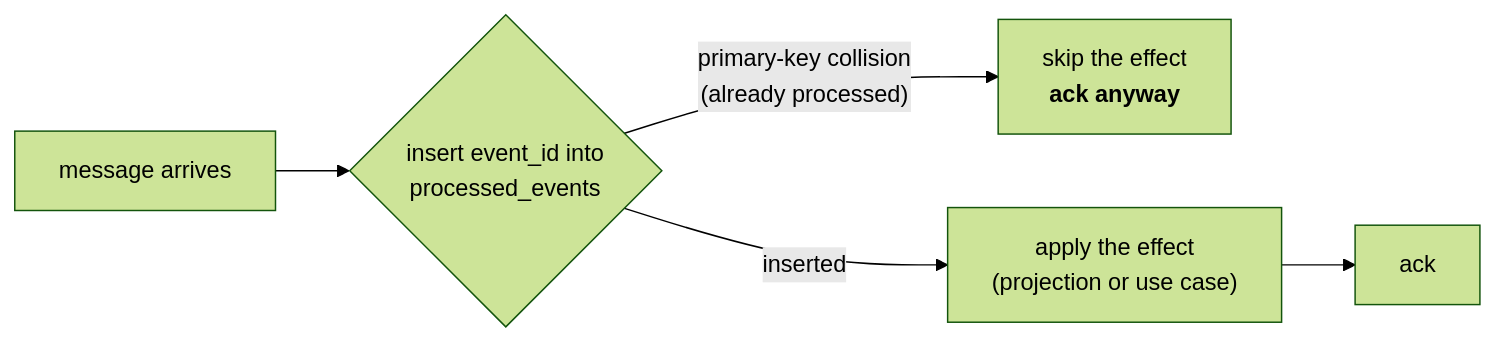
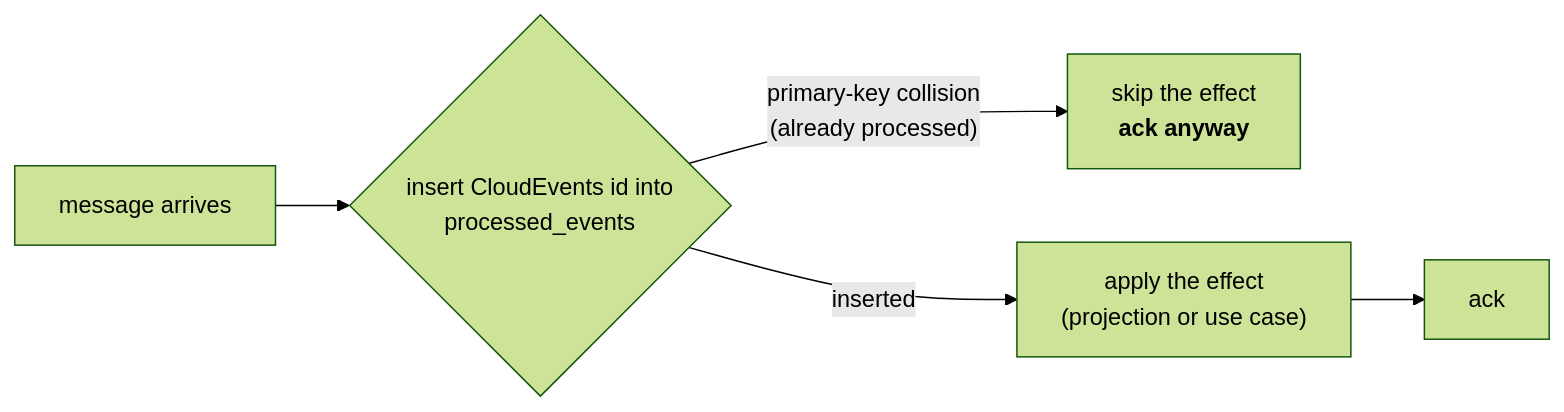
The diagram in docs/contexts/wes-work-planning/async-api.md (IQVO/warehouse-docs), drawn with Mermaid (forest theme) before and after one commit. The commit also changed other lines of this file and 22 other files, not shown here.

First line of the commit message:
docs(events): fleet Event Standard page (CloudEvents 1.0 mandatory) + remove flat-envelope docs

````diff
--- a/docs/contexts/wes-work-planning/async-api.md
+++ b/docs/contexts/wes-work-planning/async-api.md
@@ -212,7 +237,7 @@
 ```mermaid
 flowchart LR
-    M["message arrives"] --> P{"insert event_id into<br/>processed_events"}
+    M["message arrives"] --> P{"insert CloudEvents id into<br/>processed_events"}
     P -->|"primary-key collision<br/>(already processed)"| SKIP["skip the effect<br/><b>ack anyway</b>"]
     P -->|"inserted"| APPLY["apply the effect<br/>(projection or use case)"]
     APPLY --> ACK["ack"]
 ```
````
